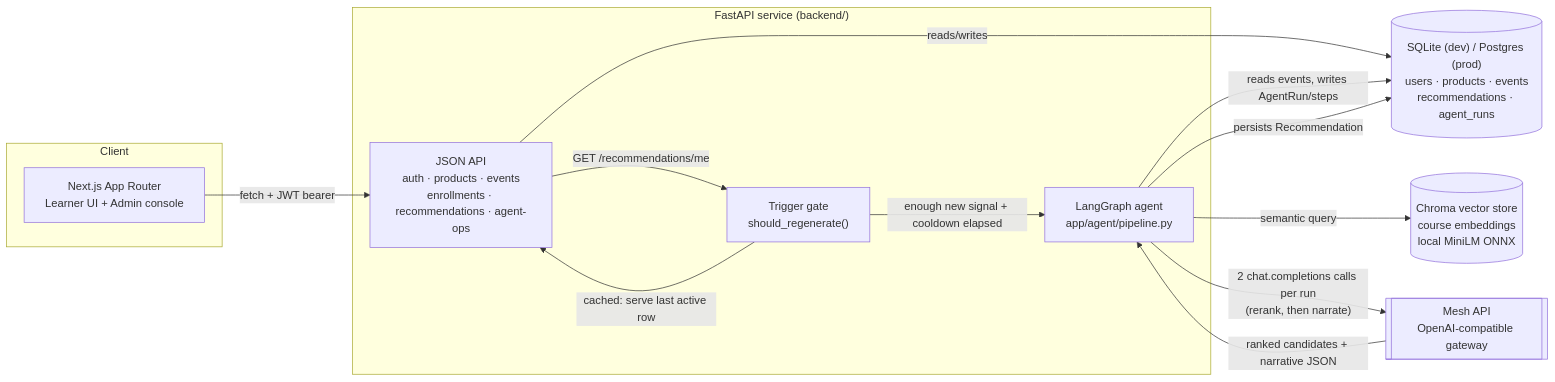
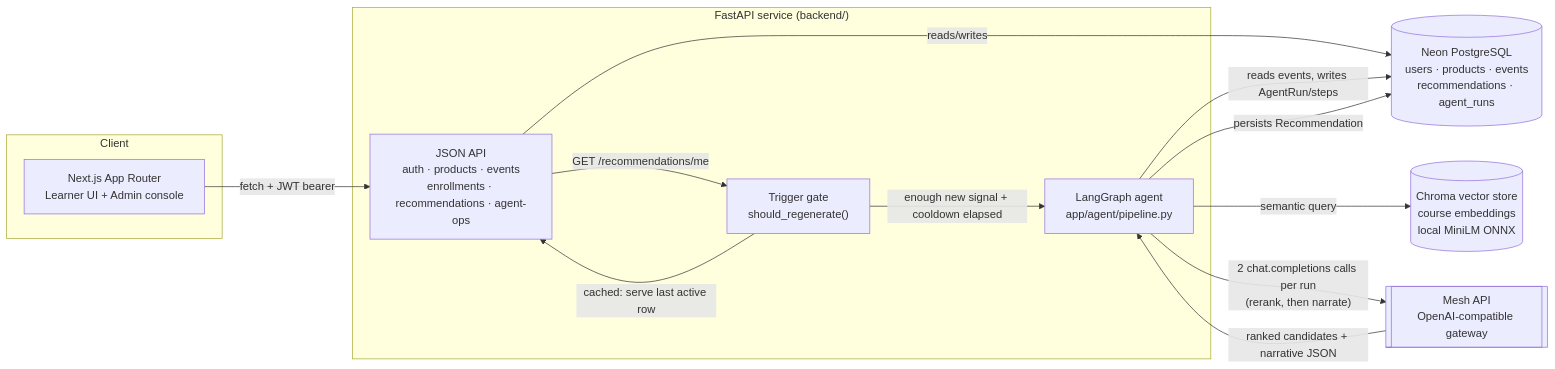
The first of 8 diagrams in docs/PROJECT_DOCUMENTATION.md (akshaykamath45/growise), drawn with Mermaid before and after one commit. The commit also changed other lines of this file and 28 other files, not shown here.

````diff
--- a/docs/PROJECT_DOCUMENTATION.md
+++ b/docs/PROJECT_DOCUMENTATION.md
@@ -57,27 +57,27 @@
 ```mermaid
 flowchart LR
     subgraph client["Client"]
         UI["Next.js App Router\nLearner UI + Admin console"]
     end
 
     subgraph backend["FastAPI service (backend/)"]
         API["JSON API\nauth · products · events\nenrollments · recommendations · agent-ops"]
         Trigger["Trigger gate\nshould_regenerate()"]
         Agent["LangGraph agent\napp/agent/pipeline.py"]
     end
 
-    SQL[("SQLite (dev) / Postgres (prod)\nusers · products · events\nrecommendations · agent_runs")]
+    SQL[("Neon PostgreSQL\nusers · products · events\nrecommendations · agent_runs")]
     Vec[("Chroma vector store\ncourse embeddings\nlocal MiniLM ONNX")]
     Mesh[["Mesh API\nOpenAI-compatible gateway"]]
 
     UI -- "fetch + JWT bearer" --> API
     API -- "reads/writes" --> SQL
     API -- "GET /recommendations/me" --> Trigger
     Trigger -- "cached: serve last active row" --> API
     Trigger -- "enough new signal + cooldown elapsed" --> Agent
     Agent -- "reads events, writes AgentRun/steps" --> SQL
     Agent -- "semantic query" --> Vec
     Agent -- "2 chat.completions calls per run\n(rerank, then narrate)" --> Mesh
     Mesh -- "ranked candidates + narrative JSON" --> Agent
     Agent -- "persists Recommendation" --> SQL
 ```
````
